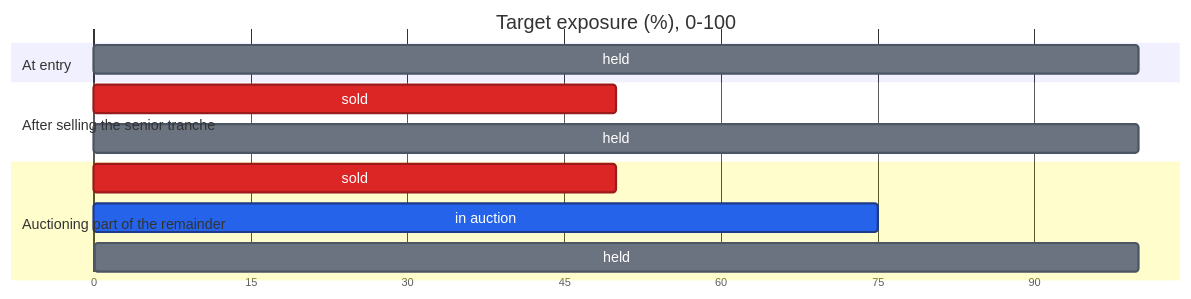
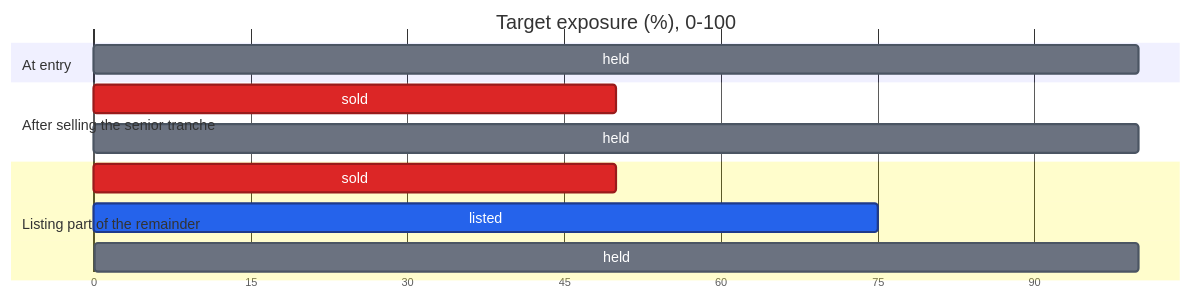
The third of 3 diagrams in docs-site/docs/mental-model-1.md (matzayonc/aging), drawn with Mermaid before and after one commit. The commit also changed other lines of this file and 27 other files, not shown here.

````diff
--- a/docs-site/docs/mental-model-1.md
+++ b/docs-site/docs/mental-model-1.md
@@ -78,19 +115,19 @@
 ```mermaid
 %%{init: {'gantt': {'barHeight': 26, 'barGap': 10, 'topPadding': 40, 'fontSize': 13, 'sectionFontSize': 13}, 'themeVariables': {'doneTaskBkgColor': '#6b7280', 'doneTaskBorderColor': '#4b5563', 'activeTaskBkgColor': '#2563eb', 'activeTaskBorderColor': '#1e3a8a', 'critBkgColor': '#dc2626', 'critBorderColor': '#991b1b', 'taskTextColor': '#ffffff', 'taskTextOutsideColor': '#ffffff', 'taskTextLightColor': '#ffffff', 'taskTextDarkColor': '#ffffff'}} }%%
 gantt
     title Target exposure (%), 0-100
     dateFormat X
     axisFormat %s
 
     section At entry
     held           :done, 0, 100
 
     section After selling the senior tranche
     sold           :crit, 0, 50
     held           :done, 50, 100
 
-    section Auctioning part of the remainder
+    section Listing part of the remainder
     sold           :crit, 0, 50
-    in auction     :active, 50, 75
+    listed         :active, 50, 75
     held           :done, 75, 100
 ```
````
